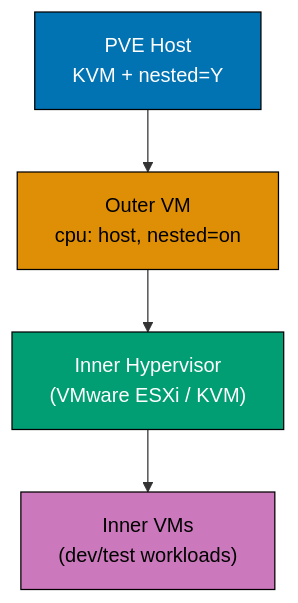
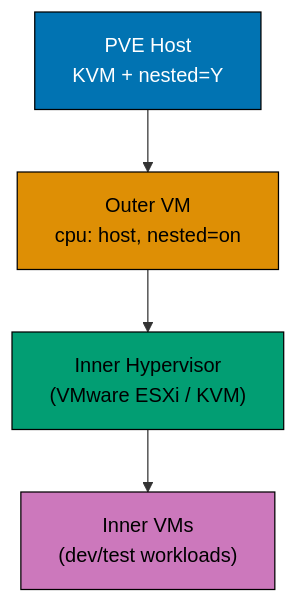
Before and after one commit to wahidyankf/ose-public: the sixth of 12 diagrams in apps/ayokoding-www/content/en/learn/legacy/software-engineering/infrastructure/tools/proxmox/by-example/advanced.md, drawn with Mermaid. The commit also changed other lines of this file and 131 other files, not shown here.

First line of the commit message:
fix(mermaid): bring the legacy data, infrastructure, and testing diagrams onto the accessible palette

````diff
--- a/apps/ayokoding-www/content/en/learn/legacy/software-engineering/infrastructure/tools/proxmox/by-example/advanced.md
+++ b/apps/ayokoding-www/content/en/learn/legacy/software-engineering/infrastructure/tools/proxmox/by-example/advanced.md
@@ -1558,12 +1597,19 @@
 ```mermaid
 %% Color Palette: Blue #0173B2, Orange #DE8F05, Teal #029E73, Purple #CC78BC, Brown #CA9161
 graph TD
+    accTitle: Example 74: Enable and Manage Nested Virtualization
+    accDescr: Graph with 4 nodes and 3 connections. Nodes: PVE Host KVM + nested=Y, Outer VM cpu: host, nested=on, Inner Hypervisor (VMware ESXi / KVM), Inner VMs (dev/test workloads). Connections: PVE Host KVM + nested=Y to Outer VM cpu: host, nested=on, Outer VM cpu: host, nested=on to Inner Hypervisor (VMware ESXi / KVM), Inner Hypervisor (VMware ESXi / KVM) to Inner VMs (dev/test workloads).
     A["PVE Host<br/>KVM + nested=Y"] --> B["Outer VM<br/>cpu: host, nested=on"]
     B --> C["Inner Hypervisor<br/>(VMware ESXi / KVM)"]
     C --> D["Inner VMs<br/>(dev/test workloads)"]
 
-    style A fill:#0173B2,color:#fff,stroke:#000
-    style B fill:#DE8F05,color:#000,stroke:#000
-    style C fill:#029E73,color:#fff,stroke:#000
-    style D fill:#CC78BC,color:#000,stroke:#000
+    classDef pal-0173B2 fill:#0173B2,stroke:#000000,color:#FFFFFF
+    class A pal-0173B2
+    classDef pal-DE8F05 fill:#DE8F05,stroke:#000000,color:#000000
+    class B pal-DE8F05
+    classDef pal-029E73 fill:#029E73,stroke:#000000,color:#000000
+    class C pal-029E73
+    classDef pal-CC78BC fill:#CC78BC,stroke:#000000,color:#000000
+    class D pal-CC78BC
+    classDef default fill:#FFFFFF,stroke:#000000,color:#000000
 ```
````
